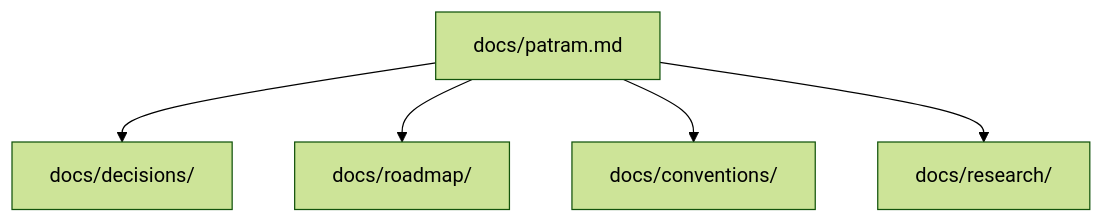
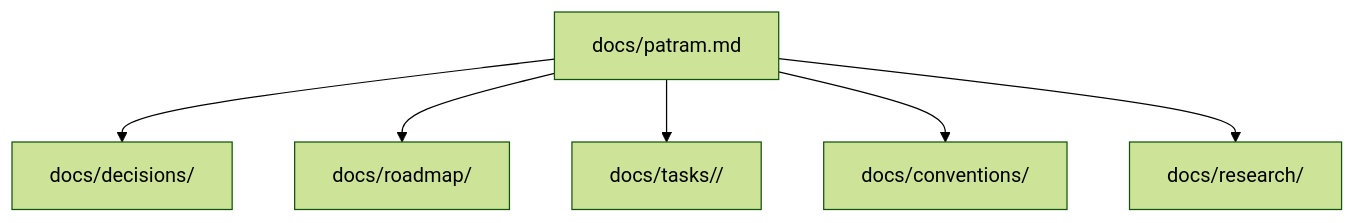
One commit to mantoni/patram changed the diagram in docs/structure.md. Above: the diagram before and after it, drawn with Mermaid (forest theme). The commit also changed other lines of this file and 16 other files, not shown here.

````diff
--- a/docs/structure.md
+++ b/docs/structure.md
@@ -16,13 +20,15 @@
 ```mermaid
 graph TD
   A["docs/patram.md"]
   B["docs/decisions/"]
   C["docs/roadmap/"]
-  D["docs/conventions/"]
-  E["docs/research/"]
+  D["docs/tasks/<version>/"]
+  E["docs/conventions/"]
+  F["docs/research/"]
 
   A --> B
   A --> C
   A --> D
   A --> E
+  A --> F
 ```
````
